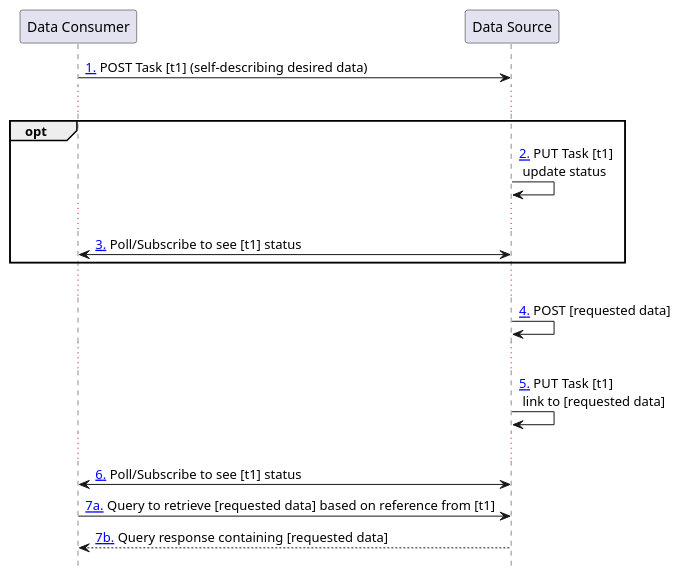
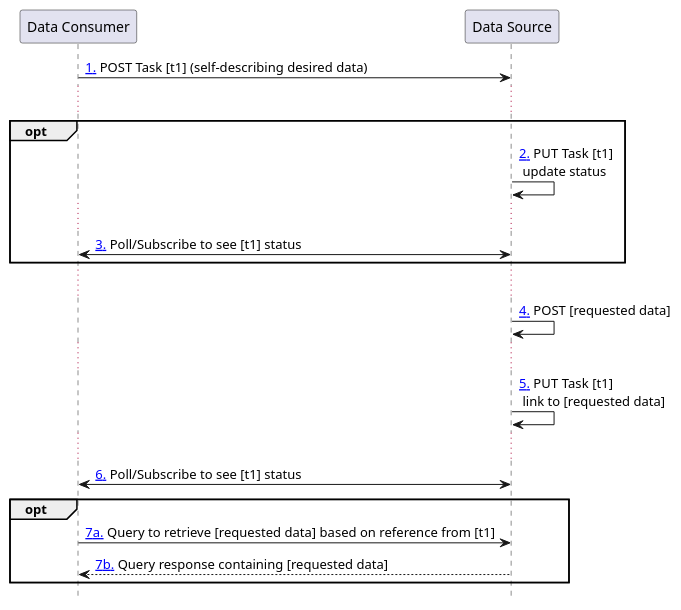
The diagram in input/images-source/task.plantuml (HL7/davinci-ehrx), drawn with PlantUML before and after one commit. The commit also changed 10 other files, not shown here.

Commit message:
Updated diagrams

```diff
--- a/input/images-source/task.plantuml
+++ b/input/images-source/task.plantuml
@@ -1,21 +1,22 @@
 @startuml
 hide footbox
 participant "Data Consumer" as Consumer
 participant "Data Source" as Source
 Consumer -> Source: [[#task1 1.]] POST Task [t1] (self-describing desired data)
 ...
 opt
-Source -> Source: [[#task2 2.]] PUT Task [t1]\n update status
-...
-Consumer <-> Source: [[#task3 3.]] Poll/Subscribe to see [t1] status
+  Source -> Source: [[#task2 2.]] PUT Task [t1]\n update status
+  ...
+  Consumer <-> Source: [[#task3 3.]] Poll/Subscribe to see [t1] status
 end
 ...
 Source -> Source: [[#task4 4.]] POST [requested data]
 ...
 Source -> Source: [[#task5 5.]] PUT Task [t1]\n link to [requested data]
 ...
 Consumer <-> Source: [[#task6 6.]] Poll/Subscribe to see [t1] status
-
-Consumer -> Source: [[#task7 7a.]] Query to retrieve [requested data] based on reference from [t1]
-Consumer <-- Source: [[#task7 7b.]] Query response containing [requested data]
+opt
+  Consumer -> Source: [[#task7 7a.]] Query to retrieve [requested data] based on reference from [t1]
+  Consumer <-- Source: [[#task7 7b.]] Query response containing [requested data]
+end
 @enduml
```
